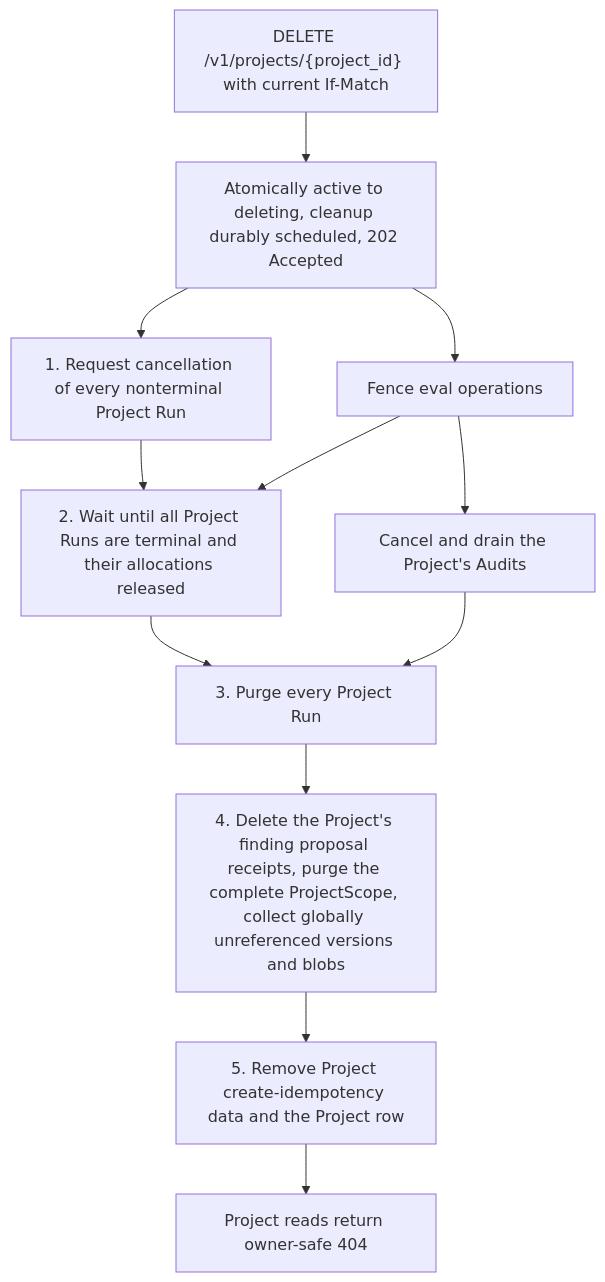
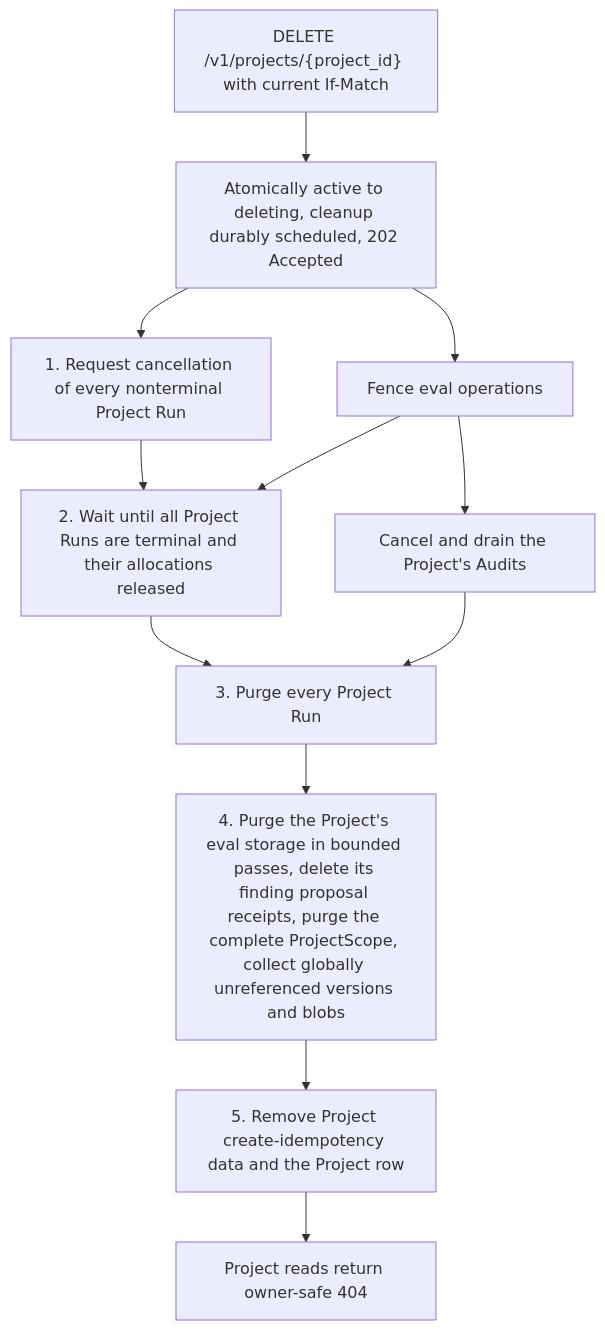
The third of 3 diagrams in docs/spec/artifacts/retention-and-deletion.md (grauwolf32/contractor), drawn with Mermaid before and after one commit. The commit also changed other lines of this file and 25 other files, not shown here.

First line of the commit message:
fix(evals): purge drained Eval data in bounded passes

````diff
--- a/docs/spec/artifacts/retention-and-deletion.md
+++ b/docs/spec/artifacts/retention-and-deletion.md
@@ -426,14 +430,14 @@
 ```mermaid
 flowchart TD
     A["DELETE /v1/projects/{project_id} with current If-Match"] --> B["Atomically active to deleting, cleanup durably scheduled, 202 Accepted"]
     B --> C["1. Request cancellation of every nonterminal Project Run"]
     B --> F["Fence eval operations"]
     C --> W["2. Wait until all Project Runs are terminal and their allocations released"]
     F --> W
     F --> AU["Cancel and drain the Project's Audits"]
     W --> P["3. Purge every Project Run"]
     AU --> P
-    P --> S["4. Delete the Project's finding proposal receipts, purge the complete ProjectScope, collect globally unreferenced versions and blobs"]
+    P --> S["4. Purge the Project's eval storage in bounded passes, delete its finding proposal receipts, purge the complete ProjectScope, collect globally unreferenced versions and blobs"]
     S --> R["5. Remove Project create-idempotency data and the Project row"]
     R --> N["Project reads return owner-safe 404"]
 ```
````
